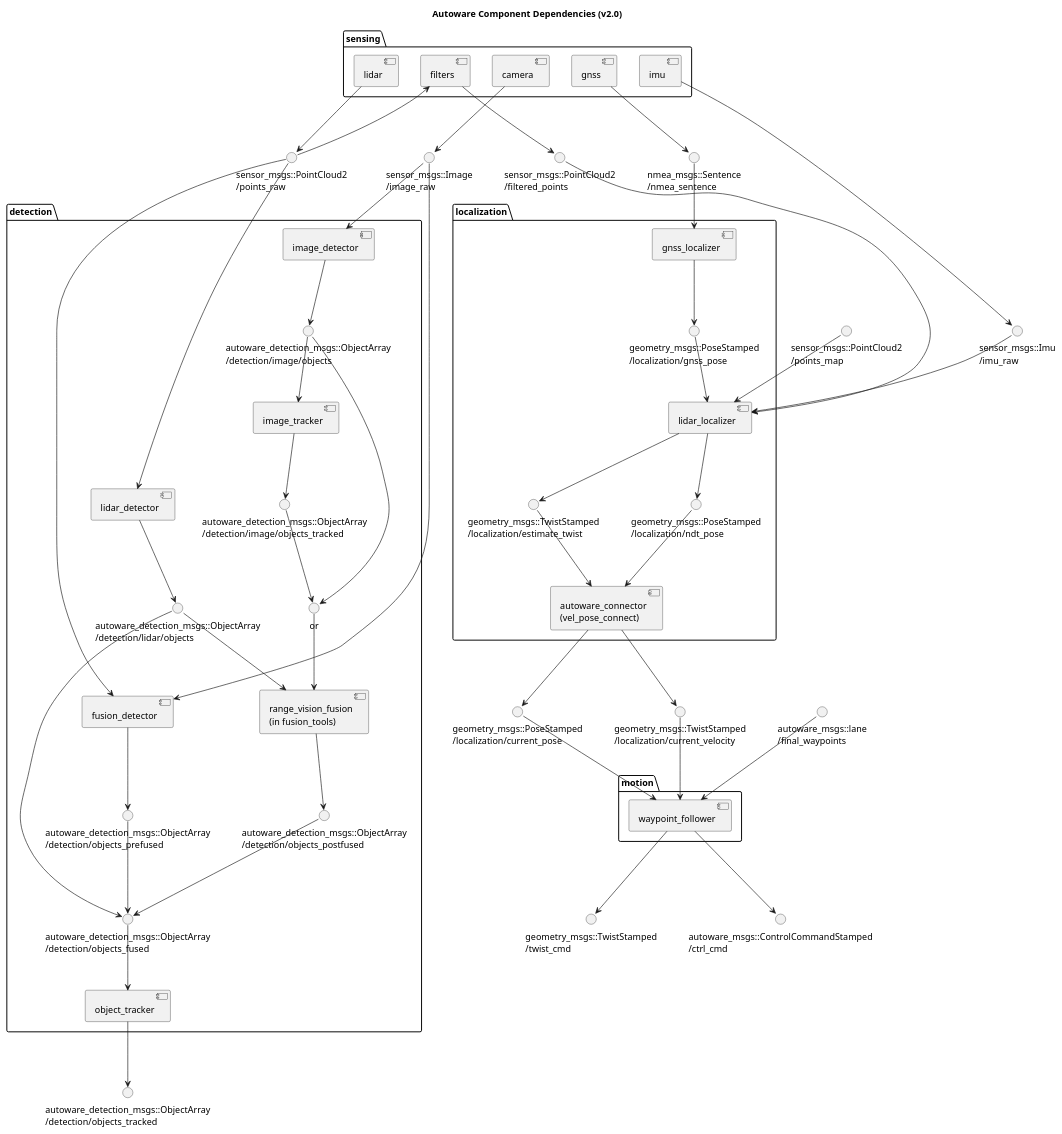
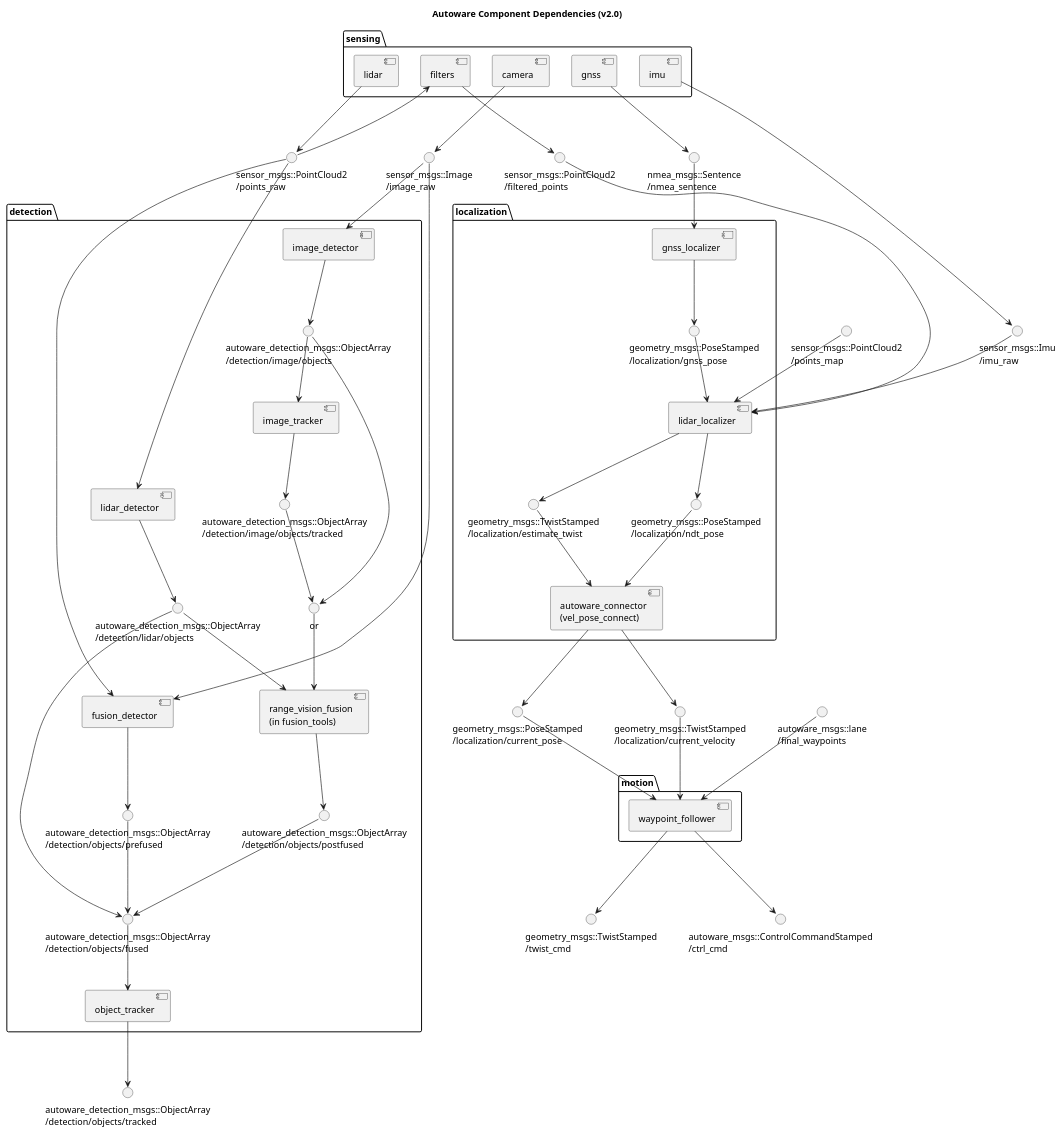
The diagram in docs/architecture/ComponentDiagram.pu (heyuliang/Autoware), drawn with PlantUML before and after one commit.

Commit message:
Rename objects_{postfused,prefused,fused,tracked} to objects/{*}

```diff
--- a/docs/architecture/ComponentDiagram.pu
+++ b/docs/architecture/ComponentDiagram.pu
@@ -1,154 +1,154 @@
 @startuml
 
 title Autoware Component Dependencies (v2.0)
 
 () "sensor_msgs::Image\n/image_raw" as image_raw
 () "sensor_msgs::PointCloud2\n/points_raw" as points_raw
 () "sensor_msgs::PointCloud2\n/filtered_points" as filtered_points
 () "sensor_msgs::Imu\n/imu_raw" as imu_raw 
 () "nmea_msgs::Sentence\n/nmea_sentence" as nmea_sentence
 
 folder sensing {
     [camera]
     'outputs
     camera --> image_raw
 
     [lidar]
     'outputs
     lidar --> points_raw
 
     [filters]
     'inputs
     points_raw --> filters
     'outputs
     filters --> filtered_points
 
     [imu]
     'outputs
     imu --> imu_raw
 
     [gnss]
     'outputs
     gnss --> nmea_sentence
 }
 
-() "autoware_detection_msgs::ObjectArray\n/detection/objects_tracked" as objects_tracked
+() "autoware_detection_msgs::ObjectArray\n/detection/objects/tracked" as objects_tracked
 '() "autoware_detection_msgs::TrafficLight\n/detection/traffic_light_color" as traffic_light_color
 
 folder detection {
     () "autoware_detection_msgs::ObjectArray\n/detection/image/objects" as detected_objects_vision
-    () "autoware_detection_msgs::ObjectArray\n/detection/image/objects_tracked" as image_objects_tracked
+    () "autoware_detection_msgs::ObjectArray\n/detection/image/objects/tracked" as image_objects_tracked
     () "or" as image_objects
     () "autoware_detection_msgs::ObjectArray\n/detection/lidar/objects" as detected_objects_lidar
-    () "autoware_detection_msgs::ObjectArray\n/detection/objects_postfused" as detected_objects_combined
-    () "autoware_detection_msgs::ObjectArray\n/detection/objects_prefused" as detected_objects_fused
-    () "autoware_detection_msgs::ObjectArray\n/detection/objects_fused" as objects_fused
+    () "autoware_detection_msgs::ObjectArray\n/detection/objects/postfused" as detected_objects_combined
+    () "autoware_detection_msgs::ObjectArray\n/detection/objects/prefused" as detected_objects_fused
+    () "autoware_detection_msgs::ObjectArray\n/detection/objects/fused" as objects_fused
 
     [image_detector]
     'inputs
     image_raw --> image_detector
     'outputs
     image_detector --> detected_objects_vision
 
     [image_tracker]
     'inputs
     detected_objects_vision --> image_tracker
     'outputs
     image_tracker --> image_objects_tracked
 
     [lidar_detector]
     'inputs
     points_raw --> lidar_detector
     'outputs
     lidar_detector --> detected_objects_lidar
 
     [fusion_detector]
     'inputs
     image_raw --> fusion_detector
     points_raw --> fusion_detector
     'outputs
     fusion_detector --> detected_objects_fused
 
     [range_vision_fusion\n(in fusion_tools)] as fusion_tools
     'inputs
     image_objects --> fusion_tools
     detected_objects_lidar --> fusion_tools
     'outputs
     fusion_tools --> detected_objects_combined
 
     'connection
     detected_objects_vision --> image_objects
     image_objects_tracked --> image_objects
 
     detected_objects_lidar --> objects_fused
     detected_objects_combined --> objects_fused
     detected_objects_fused --> objects_fused
 
     [object_tracker]
     'inputs
     objects_fused --> object_tracker
     'outputs
     object_tracker --> objects_tracked
 
     '[trafficlight_recognizer]
     'inputs
     'image_raw --> trafficlight_recognizer
     'outputs
     'trafficlight_recognizer --> traffic_light_color
 }
 
 'lidar_localizer
 () "sensor_msgs::PointCloud2\n/points_map" as points_map
 
 'vel_pose_connect
 () "geometry_msgs::PoseStamped\n/localization/current_pose" as current_pose
 () "geometry_msgs::TwistStamped\n/localization/current_velocity" as current_velocity
 
 folder localization {
     () "geometry_msgs::PoseStamped\n/localization/gnss_pose" as gnss_pose
     () "geometry_msgs::TwistStamped\n/localization/estimate_twist" as estimate_twist
     () "geometry_msgs::PoseStamped\n/localization/ndt_pose" as ndt_pose
 
     [gnss_localizer]
     'inputs
     nmea_sentence --> gnss_localizer
     'outputs
     gnss_localizer --> gnss_pose
 
     [lidar_localizer]
     'inputs
     gnss_pose --> lidar_localizer
     filtered_points --> lidar_localizer
     points_map --> lidar_localizer
     imu_raw --> lidar_localizer
     'outputs
     lidar_localizer --> estimate_twist
     lidar_localizer --> ndt_pose
 
     [autoware_connector\n(vel_pose_connect)] as vel_pose_connect
     'inputs
     estimate_twist --> vel_pose_connect
     ndt_pose --> vel_pose_connect
     'outputs
     vel_pose_connect --> current_pose
     vel_pose_connect --> current_velocity
 
     '[dead_reckoner] @ Autoware v2.0
 }
 
 () "autoware_msgs::lane\n/final_waypoints" as final_waypoints
 () "geometry_msgs::TwistStamped\n/twist_cmd" as twist_cmd
 () "autoware_msgs::ControlCommandStamped\n/ctrl_cmd" as ctrl_cmd
 
 folder motion {
     [waypoint_follower]
     'inputs
     current_pose --> waypoint_follower
     current_velocity --> waypoint_follower
     final_waypoints --> waypoint_follower
     'outputs
     waypoint_follower --> twist_cmd
     waypoint_follower --> ctrl_cmd
 }
 
 @enduml
```
